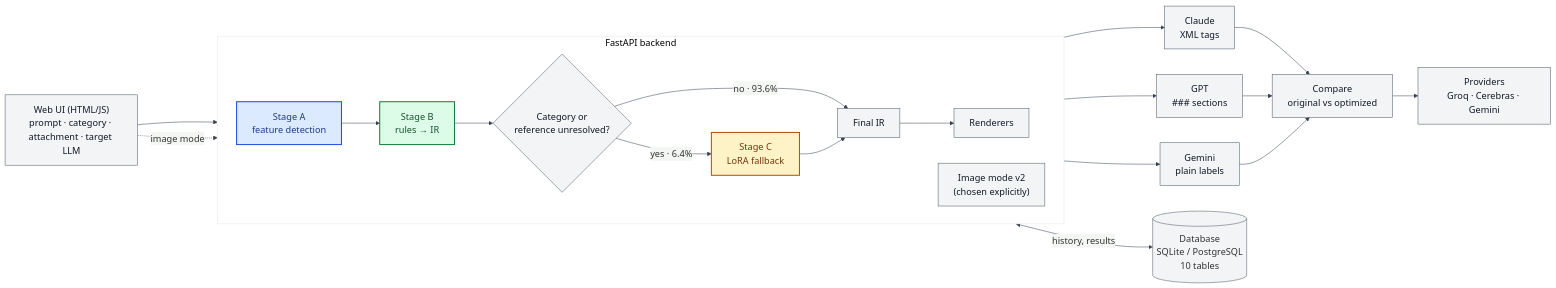
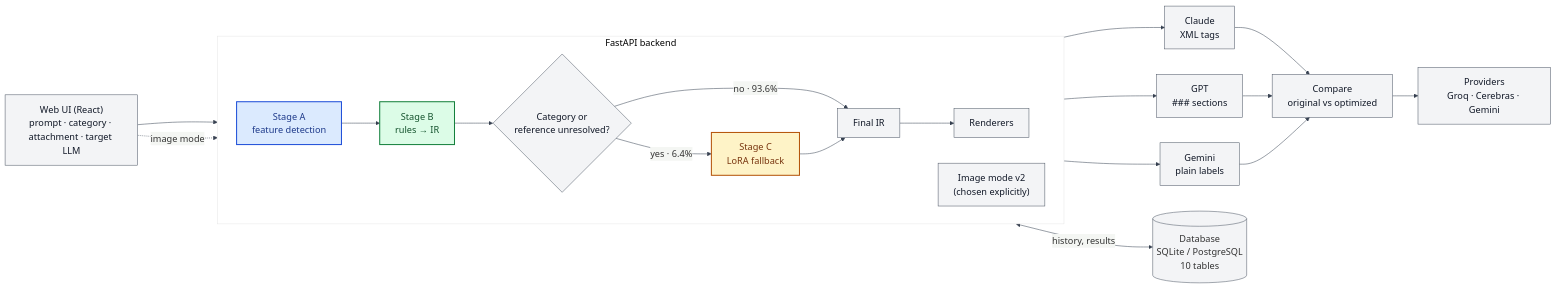
The diagram in docs/diagrams/01_system_architecture.mmd (piush365/PromptOpt), drawn with Mermaid before and after one commit. The commit also changed 18 other files, not shown here.

```diff
--- a/docs/diagrams/01_system_architecture.mmd
+++ b/docs/diagrams/01_system_architecture.mmd
@@ -1,34 +1,34 @@
 %%{init: {"theme": "base", "themeVariables": {"fontSize": "18px", "fontFamily": "Arial, Helvetica, sans-serif", "primaryColor": "#f3f4f6", "primaryBorderColor": "#4b5563", "lineColor": "#374151", "textColor": "#111827"}}}%%
 flowchart LR
-  UI["Web UI (HTML/JS)<br/>prompt · category · attachment · target LLM"]
+  UI["Web UI (React)<br/>prompt · category · attachment · target LLM"]
   subgraph API["FastAPI backend"]
     direction LR
     A["Stage A<br/>feature detection"]
     B["Stage B<br/>rules → IR"]
     R{"Category or<br/>reference unresolved?"}
     C["Stage C<br/>LoRA fallback"]
     IR["Final IR"]
     REN["Renderers"]
     IMG["Image mode v2<br/>(chosen explicitly)"]
     A --> B --> R
     R -- "no · 93.6%" --> IR
     R -- "yes · 6.4%" --> C --> IR
     IR --> REN
   end
   UI --> A
   UI -. "image mode" .-> IMG
   REN --> CL["Claude<br/>XML tags"]
   REN --> GP["GPT<br/>### sections"]
   REN --> GE["Gemini<br/>plain labels"]
   CL & GP & GE --> CMP["Compare<br/>original vs optimized"]
   CMP --> PROV["Providers<br/>Groq · Cerebras · Gemini"]
   API <-- "history, results" --> DB[("Database<br/>SQLite / PostgreSQL<br/>10 tables")]
   classDef stageA fill:#dbeafe,stroke:#1d4ed8,stroke-width:2px,color:#1e3a8a
   classDef stageB fill:#dcfce7,stroke:#15803d,stroke-width:2px,color:#14532d
   classDef stageC fill:#fef3c7,stroke:#b45309,stroke-width:2px,color:#78350f
   classDef neutral fill:#f3f4f6,stroke:#4b5563,stroke-width:1px,color:#111827
   classDef result fill:#ffffff,stroke:#111827,stroke-width:2px,color:#111827
   class A stageA
   class B stageB
   class C stageC
   class R,IR,REN,IMG,CL,GP,GE,CMP,PROV,UI neutral
```
